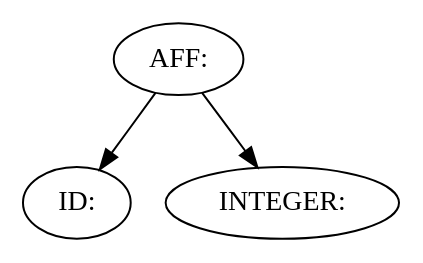
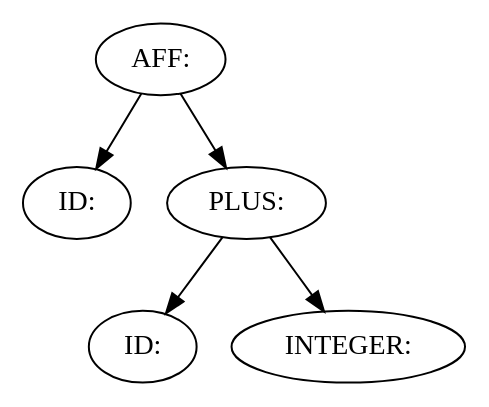
One commit to malialili/Projet-Compilation changed the diagram in data/syntAbstr.dot. Above: the diagram before and after it, drawn with Graphviz. The commit also changed 16 other files, not shown here.

```diff
--- a/data/syntAbstr.dot
+++ b/data/syntAbstr.dot
@@ -1,6 +1,10 @@
-digraph ArbreSyntAbstr {2 [label="AFF:"];
+digraph ArbreSyntAbstr {4 [label="AFF:"];
 0 [label="ID:"];
-2 -> 0 [label=""];
-1 [label="INTEGER:"];
-2 -> 1 [label=""];
+4 -> 0 [label=""];
+3 [label="PLUS:"];
+1 [label="ID:"];
+3 -> 1 [label=""];
+2 [label="INTEGER:"];
+3 -> 2 [label=""];
+4 -> 3 [label=""];
 }
```
